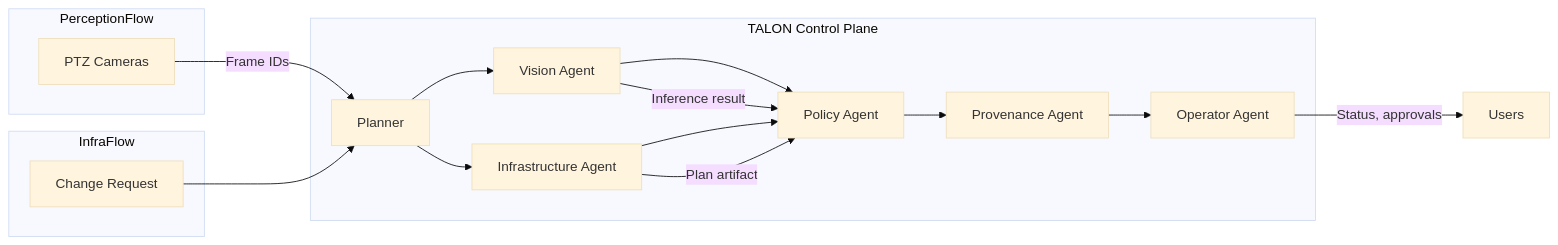
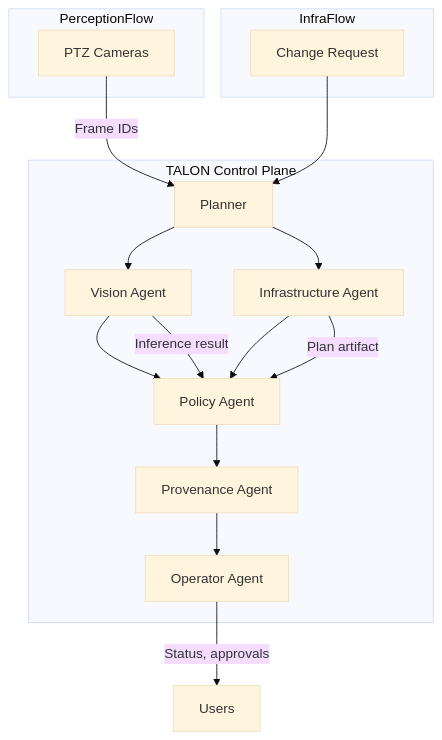
One commit to aurelius-in/TALON changed the diagram in docs/architecture/HLD.md. Above: the diagram before and after it, drawn with Mermaid (base theme).

````diff
--- a/docs/architecture/HLD.md
+++ b/docs/architecture/HLD.md
@@ -34,23 +34,23 @@
 ```mermaid
-flowchart LR
+flowchart TD
   subgraph ControlPlane["TALON Control Plane"]
     P[Planner] --> V[Vision Agent]
     P --> I[Infrastructure Agent]
     V --> Y[Policy Agent]
     I --> Y
     Y --> R[Provenance Agent]
     R --> O[Operator Agent]
   end
 
   subgraph PerceptionFlow
     CAM[PTZ Cameras] -->|Frame IDs| P
     V -->|Inference result| Y
   end
 
   subgraph InfraFlow
     CI[Change Request] --> P
     I -->|Plan artifact| Y
   end
 
   O -->|Status, approvals| Users
 ```
````
